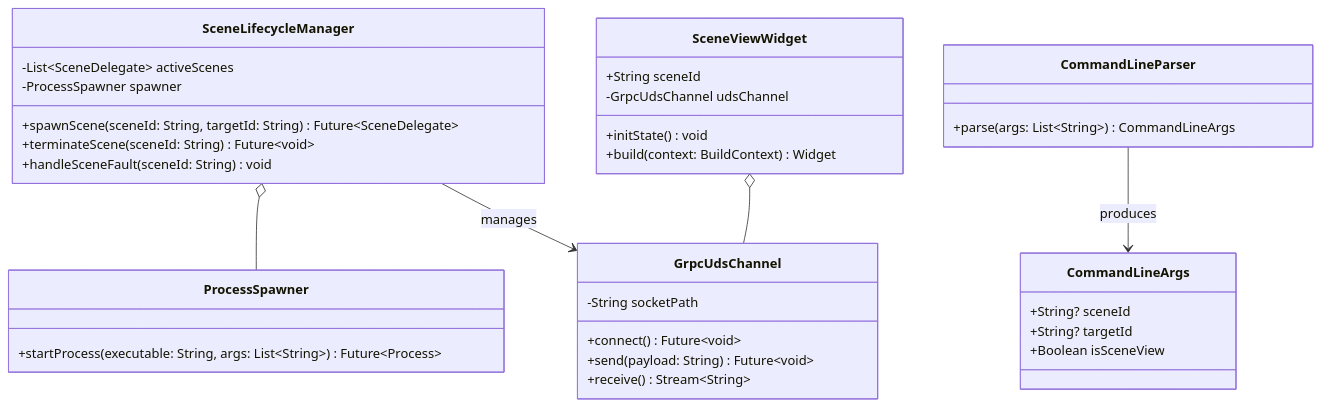
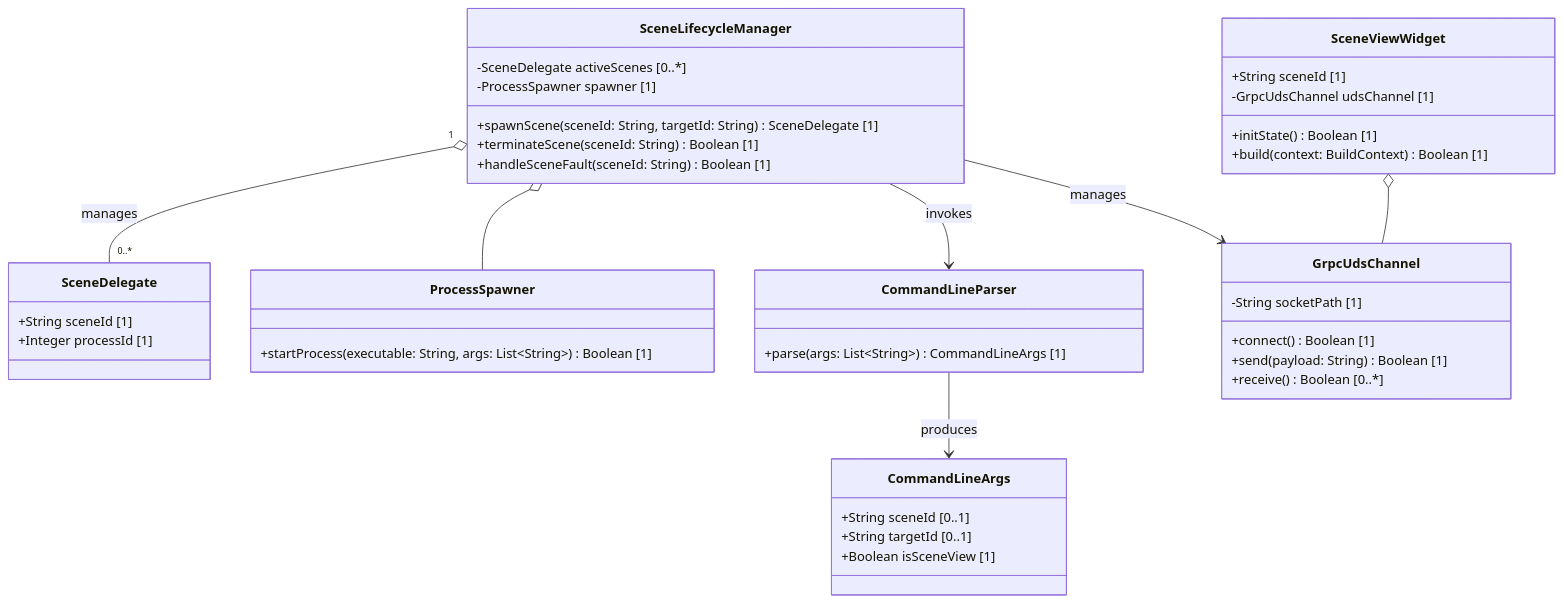
One commit to gintatkinson/3dgs-phoenix changed the second of 4 diagrams in docs/epics/epic-02-scene-lifecycle.md. Above: the diagram before and after it, drawn with Mermaid. The commit also changed other lines of this file and 1 other file, not shown here.

Commit message:
docs: fix linter violations and structure in epic-02-scene-lifecycle

````diff
--- a/docs/epics/epic-02-scene-lifecycle.md
+++ b/docs/epics/epic-02-scene-lifecycle.md
@@ -135,43 +136,50 @@
 ```mermaid
 classDiagram
     class SceneLifecycleManager {
-        -List~SceneDelegate~ activeScenes
-        -ProcessSpawner spawner
-        +spawnScene(sceneId: String, targetId: String) Future~SceneDelegate~
-        +terminateScene(sceneId: String) Future~void~
-        +handleSceneFault(sceneId: String) void
+        -SceneDelegate activeScenes [0..*]
+        -ProcessSpawner spawner [1]
+        +spawnScene(sceneId: String, targetId: String) SceneDelegate [1]
+        +terminateScene(sceneId: String) Boolean [1]
+        +handleSceneFault(sceneId: String) Boolean [1]
+    }
+
+    class SceneDelegate {
+        +String sceneId [1]
+        +Integer processId [1]
     }
 
     class ProcessSpawner {
-        +startProcess(executable: String, args: List~String~) Future~Process~
+        +startProcess(executable: String, args: List~String~) Boolean [1]
     }
 
     class CommandLineParser {
-        +parse(args: List~String~) CommandLineArgs
+        +parse(args: List~String~) CommandLineArgs [1]
     }
 
     class CommandLineArgs {
-        +String? sceneId
-        +String? targetId
-        +Boolean isSceneView
+        +String sceneId [0..1]
+        +String targetId [0..1]
+        +Boolean isSceneView [1]
     }
 
     class SceneViewWidget {
-        +String sceneId
-        -GrpcUdsChannel udsChannel
-        +initState() void
-        +build(context: BuildContext) Widget
+        +String sceneId [1]
+        -GrpcUdsChannel udsChannel [1]
+        +initState() Boolean [1]
+        +build(context: BuildContext) Boolean [1]
     }
 
     class GrpcUdsChannel {
-        -String socketPath
-        +connect() Future~void~
-        +send(payload: String) Future~void~
-        +receive() Stream~String~
+        -String socketPath [1]
+        +connect() Boolean [1]
+        +send(payload: String) Boolean [1]
+        +receive() Boolean [0..*]
     }
 
     SceneLifecycleManager o-- ProcessSpawner
+    SceneLifecycleManager "1" o-- "0..*" SceneDelegate : manages
+    SceneLifecycleManager --> CommandLineParser : invokes
     SceneLifecycleManager --> GrpcUdsChannel : manages
     CommandLineParser --> CommandLineArgs : produces
     SceneViewWidget o-- GrpcUdsChannel
 ```
````
